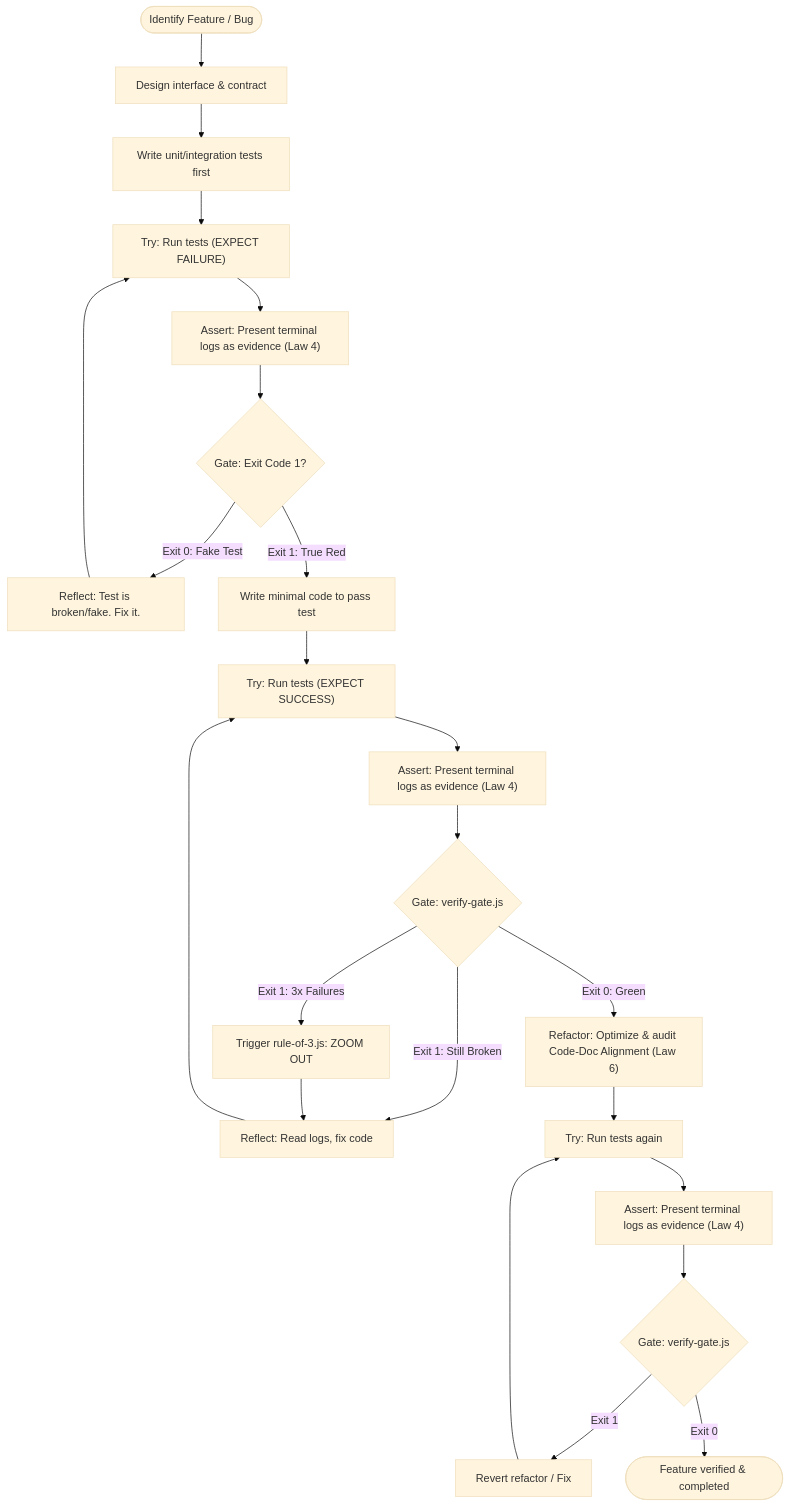
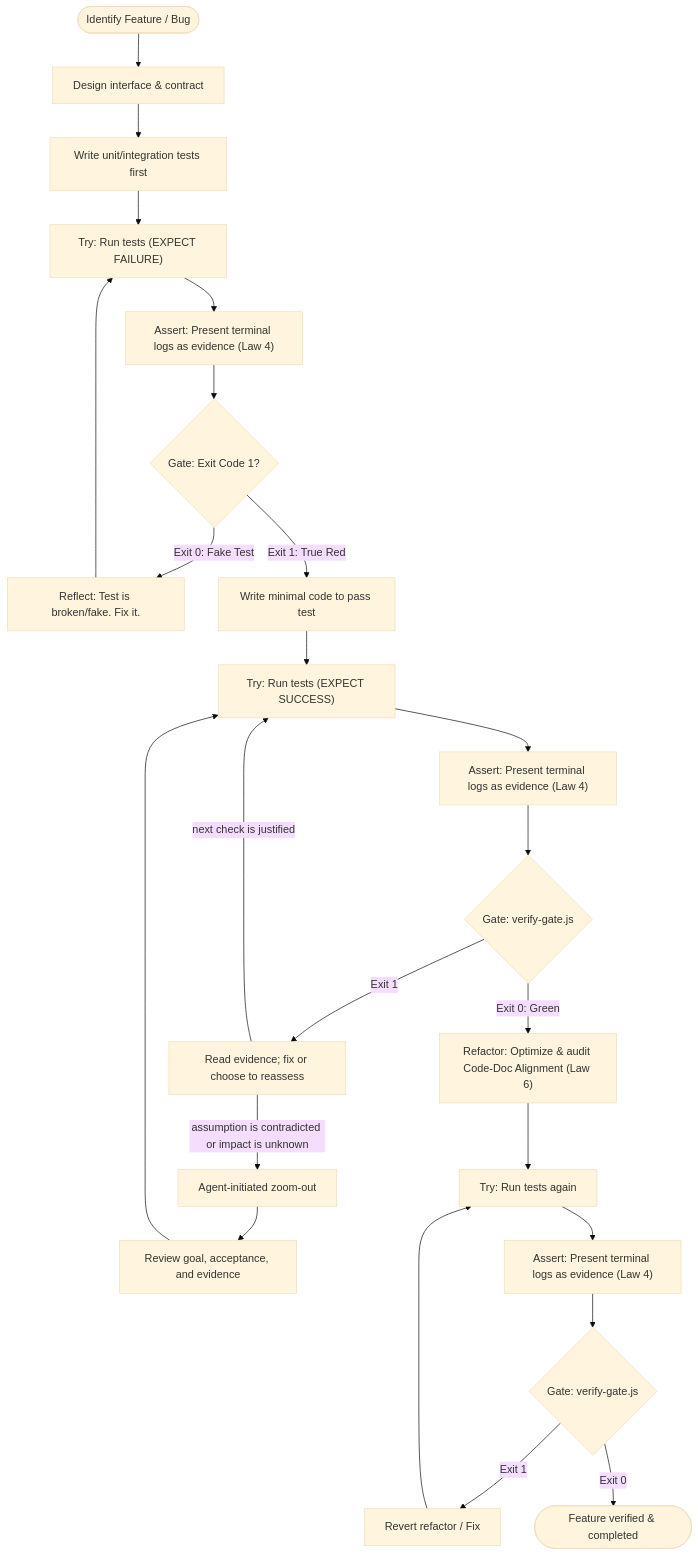
Before and after one commit to dyphn1/Harness-everything: the first of 3 diagrams in docs/workflows/tdd.md, drawn with Mermaid (base theme). The commit also changed other lines of this file and 17 other files, not shown here.

First line of the commit message:
docs(zoom-out): describe agent-initiated zoom-out in active docs

````diff
--- a/docs/workflows/tdd.md
+++ b/docs/workflows/tdd.md
@@ -11,32 +11,33 @@
 ```mermaid
 graph TD
   Start([Identify Feature / Bug]) --> DesignInterface["Design interface & contract"]
   DesignInterface --> WriteTest["Write unit/integration tests first"]
   
   WriteTest --> RunRed["Try: Run tests (EXPECT FAILURE)"]
   RunRed --> AssertRed["Assert: Present terminal logs as evidence (Law 4)"]
   AssertRed --> VerifyRed{Gate: Exit Code 1?}
   VerifyRed -->|Exit 0: Fake Test| FixTest["Reflect: Test is broken/fake. Fix it."]
   FixTest --> RunRed
   
   VerifyRed -->|Exit 1: True Red| WriteCode["Write minimal code to pass test"]
   
   WriteCode --> RunGreen["Try: Run tests (EXPECT SUCCESS)"]
   RunGreen --> AssertGreen["Assert: Present terminal logs as evidence (Law 4)"]
   AssertGreen --> VerifyGreen{Gate: verify-gate.js}
   
-  VerifyGreen -->|Exit 1: Still Broken| DebugCode["Reflect: Read logs, fix code"]
-  DebugCode --> RunGreen
-  VerifyGreen -->|Exit 1: 3x Failures| CircuitBreaker["Trigger rule-of-3.js: ZOOM OUT"]
-  CircuitBreaker --> DebugCode
+  VerifyGreen -->|Exit 1| DebugCode["Read evidence; fix or choose to reassess"]
+  DebugCode -->|next check is justified| RunGreen
+  DebugCode -->|assumption is contradicted or impact is unknown| ZoomOut["Agent-initiated zoom-out"]
+  ZoomOut --> ReadFacts["Review goal, acceptance, and evidence"]
+  ReadFacts --> RunGreen
   
   VerifyGreen -->|Exit 0: Green| Refactor["Refactor: Optimize & audit Code-Doc Alignment (Law 6)"]
   
   Refactor --> RunVerify["Try: Run tests again"]
   RunVerify --> AssertRefactor["Assert: Present terminal logs as evidence (Law 4)"]
   AssertRefactor --> VerifyRefactor{Gate: verify-gate.js}
   VerifyRefactor -->|Exit 1| Revert["Revert refactor / Fix"]
   Revert --> RunVerify
   
   VerifyRefactor -->|Exit 0| End([Feature verified & completed])
 ```
````
